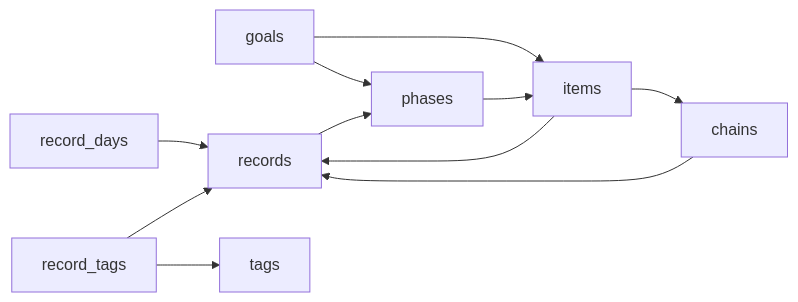
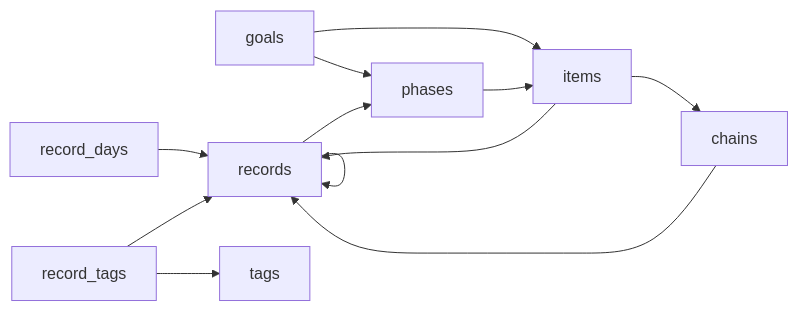
One commit to bbong1234/TETO changed the seventh of 7 diagrams in .qoder/repowiki/zh/content/数据库设计/数据库设计.md. Above: the diagram before and after it, drawn with Mermaid. The commit also changed other lines of this file and 134 other files, not shown here.

````diff
--- a/.qoder/repowiki/zh/content/数据库设计/数据库设计.md
+++ b/.qoder/repowiki/zh/content/数据库设计/数据库设计.md
@@ -485,13 +562,14 @@
 ```mermaid
 graph LR
 RD["record_days"] --> RC["records"]
 IT["items"] --> CH["chains"]
 IT --> RC
 CH --> RC
 GO["goals"] --> IT
 GO --> PH["phases"]
 PH --> IT
 RC --> PH
+RC --> RC
 RT["record_tags"] --> RC
 RT --> TG["tags"]
 ```
````
